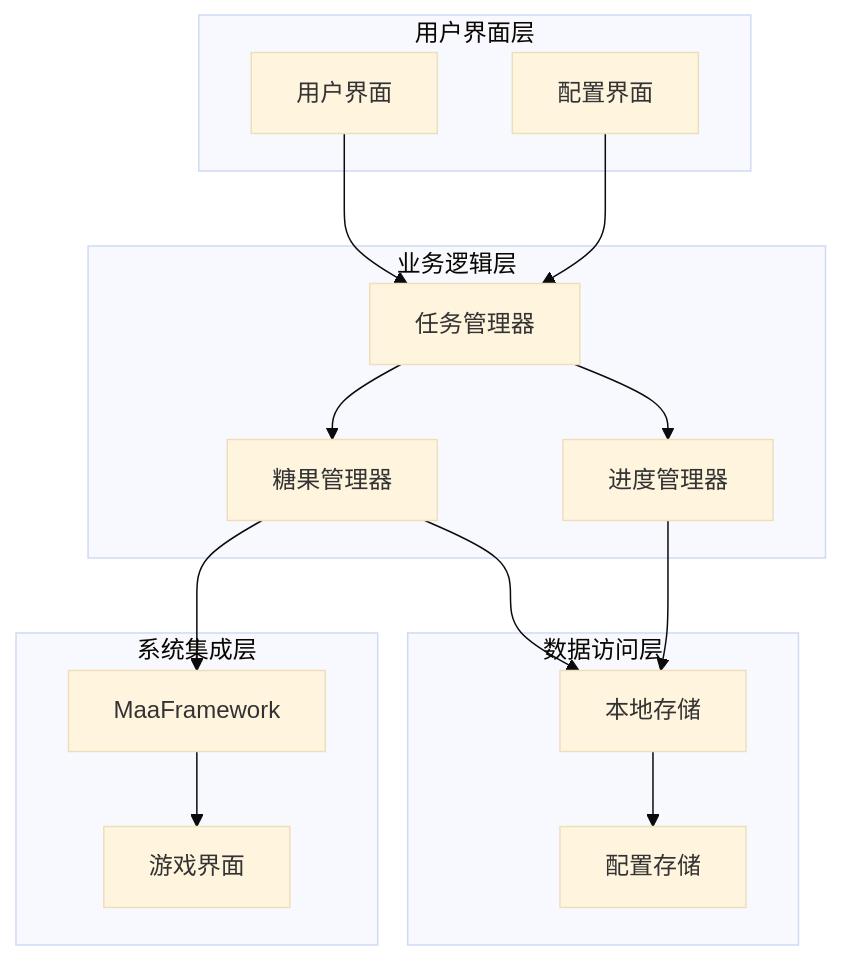
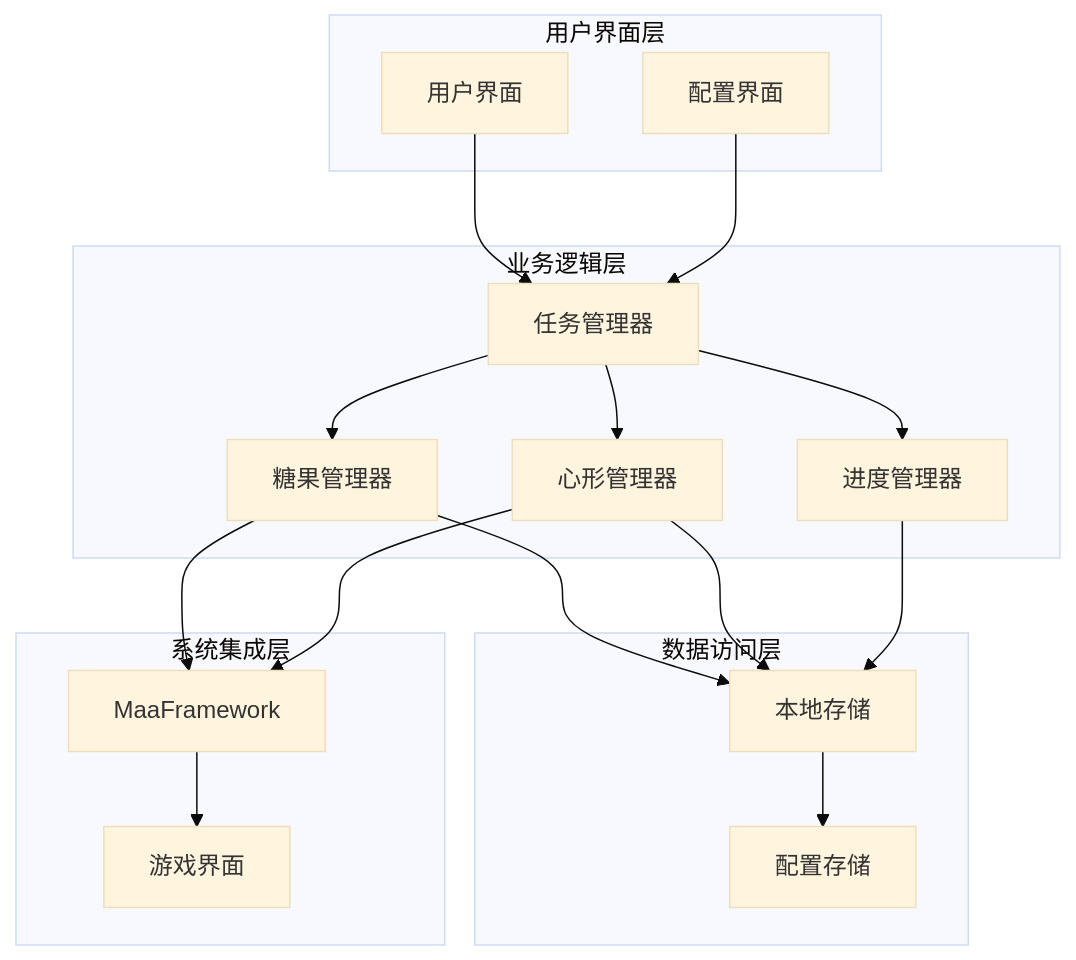
Before and after one commit to kqcoxn/MaaDuDuL: the second of 8 diagrams in .qoder/repowiki/zh/content/核心功能详解/日常任务功能/每日清红糖功能.md, drawn with Mermaid (base theme). The commit also changed other lines of this file and 12 other files, not shown here.

````diff
--- a/.qoder/repowiki/zh/content/核心功能详解/日常任务功能/每日清红糖功能.md
+++ b/.qoder/repowiki/zh/content/核心功能详解/日常任务功能/每日清红糖功能.md
@@ -113,29 +126,33 @@
 ```mermaid
 graph TB
 subgraph "用户界面层"
 UI[用户界面]
 Config[配置界面]
 end
 subgraph "业务逻辑层"
 TaskMgr[任务管理器]
 SugarMgr[糖果管理器]
+HeartMgr[心形管理器]
 ProgressMgr[进度管理器]
 end
 subgraph "数据访问层"
 LocalStore[本地存储]
 ConfigStore[配置存储]
 end
 subgraph "系统集成层"
 MaaFramework[MaaFramework]
 GameInterface[游戏界面]
 end
 UI --> TaskMgr
 Config --> TaskMgr
 TaskMgr --> SugarMgr
+TaskMgr --> HeartMgr
 TaskMgr --> ProgressMgr
 SugarMgr --> LocalStore
+HeartMgr --> LocalStore
 ProgressMgr --> LocalStore
 SugarMgr --> MaaFramework
+HeartMgr --> MaaFramework
 MaaFramework --> GameInterface
 LocalStore --> ConfigStore
 ```
````
